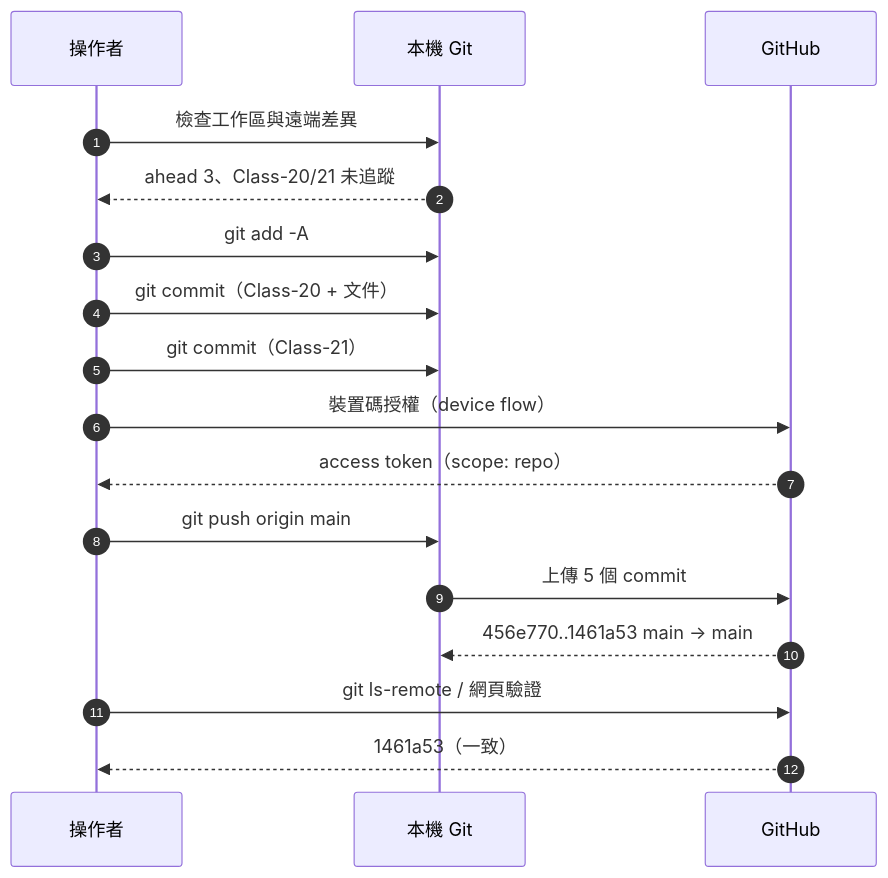
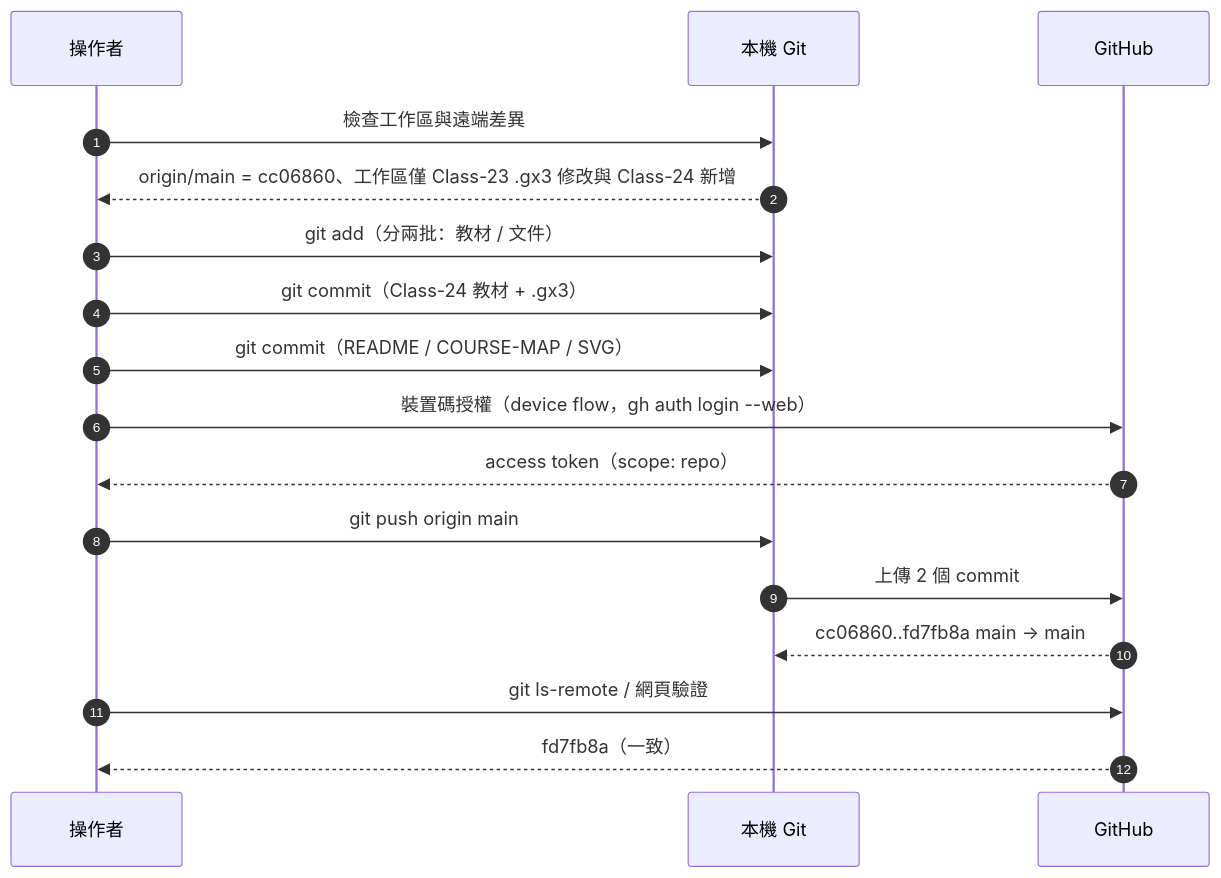
Before and after one commit to yd7148/INDUSTRY-4.0: the third of 4 diagrams in docs/PUSH-RECORD.md, drawn with Mermaid. The commit also changed other lines of this file, not shown here.

````diff
--- a/docs/PUSH-RECORD.md
+++ b/docs/PUSH-RECORD.md
@@ -64,19 +80,19 @@
 ```mermaid
 sequenceDiagram
     autonumber
     participant U as 操作者
     participant G as 本機 Git
     participant H as GitHub
     U->>G: 檢查工作區與遠端差異
-    G-->>U: ahead 3、Class-20/21 未追蹤
-    U->>G: git add -A
-    U->>G: git commit（Class-20 + 文件）
-    U->>G: git commit（Class-21）
-    U->>H: 裝置碼授權（device flow）
+    G-->>U: origin/main = cc06860、工作區僅 Class-23 .gx3 修改與 Class-24 新增
+    U->>G: git add（分兩批：教材 / 文件）
+    U->>G: git commit（Class-24 教材 + .gx3）
+    U->>G: git commit（README / COURSE-MAP / SVG）
+    U->>H: 裝置碼授權（device flow，gh auth login --web）
     H-->>U: access token（scope: repo）
     U->>G: git push origin main
-    G->>H: 上傳 5 個 commit
-    H-->>G: 456e770..1461a53 main -> main
+    G->>H: 上傳 2 個 commit
+    H-->>G: cc06860..fd7fb8a main -> main
     U->>H: git ls-remote / 網頁驗證
-    H-->>U: 1461a53（一致）
+    H-->>U: fd7fb8a（一致）
 ```
````
